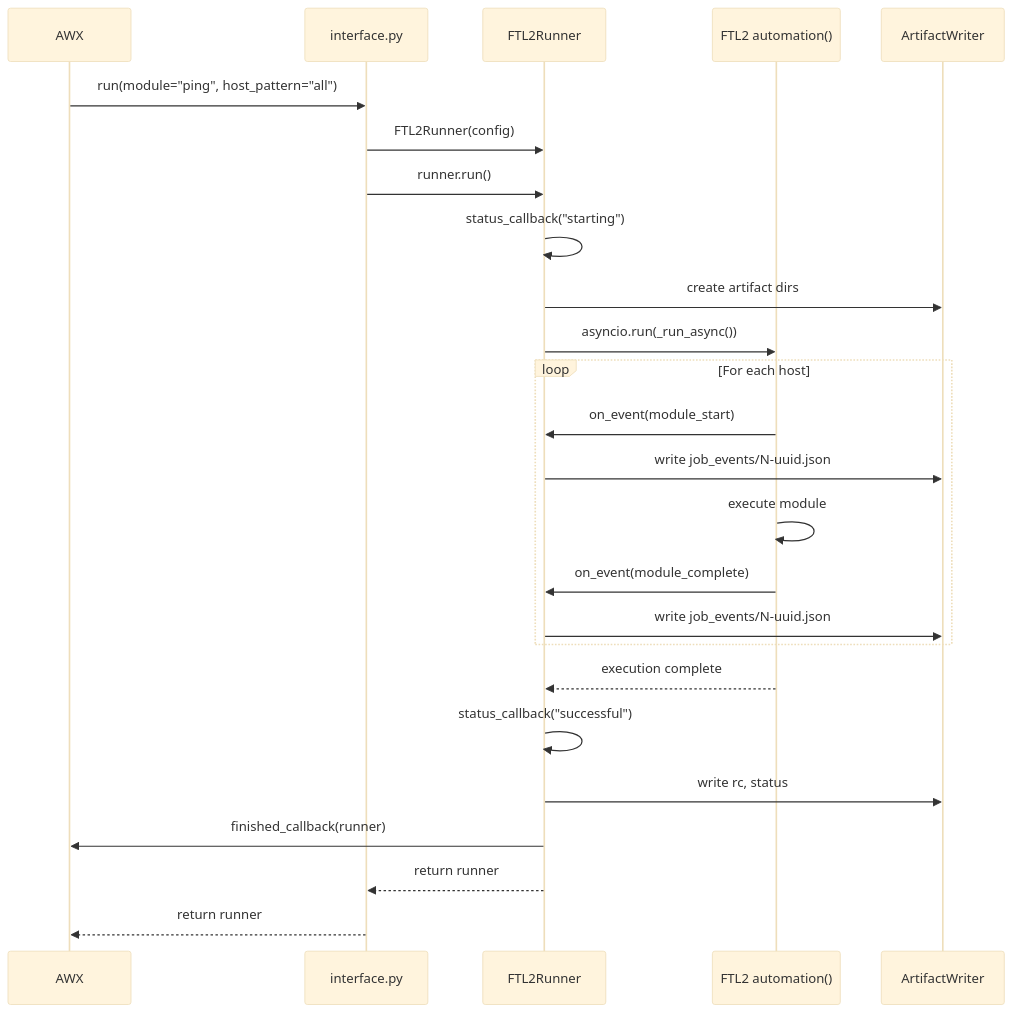
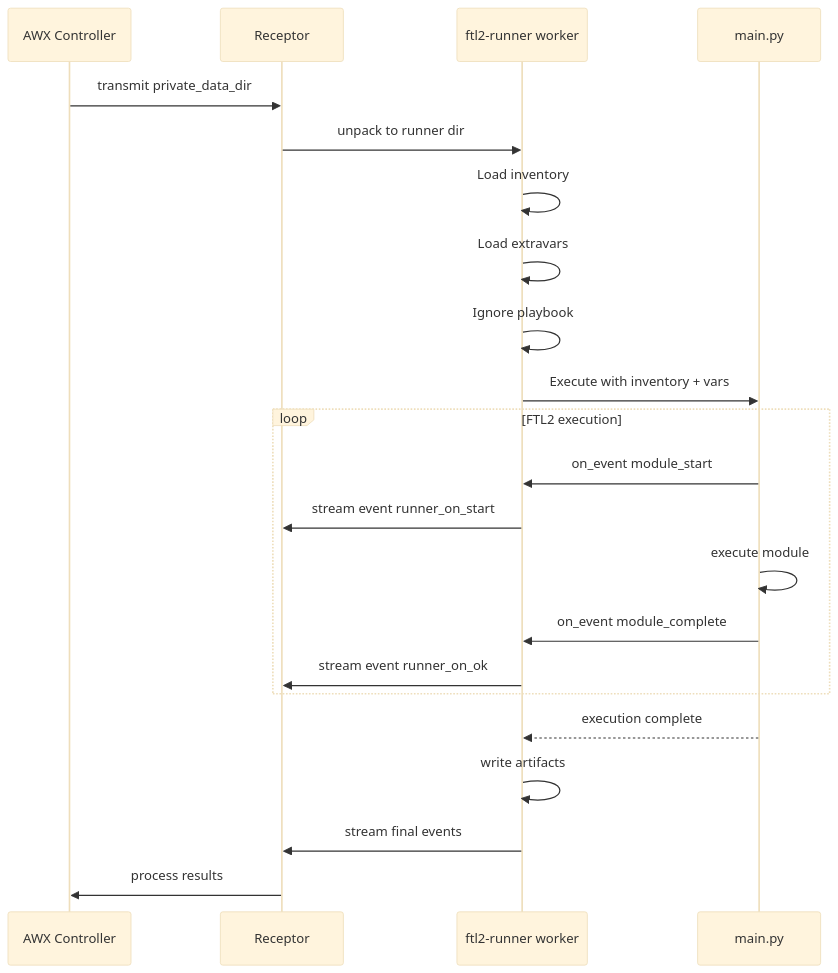
One commit to benthomasson/ftl2-runner changed the diagram in docs/execution-flow.mmd. Above: the diagram before and after it, drawn with Mermaid (base theme). The commit also changed 4 other files, not shown here.

```diff
--- a/docs/execution-flow.mmd
+++ b/docs/execution-flow.mmd
@@ -1,30 +1,27 @@
 sequenceDiagram
-    participant AWX as AWX
-    participant IF as interface.py
-    participant RN as FTL2Runner
-    participant FTL as FTL2 automation()
-    participant AR as ArtifactWriter
+    participant AWX as AWX Controller
+    participant RX as Receptor
+    participant WK as ftl2-runner worker
+    participant FTL as main.py
 
-    AWX->>IF: run(module="ping", host_pattern="all")
-    IF->>RN: FTL2Runner(config)
-    IF->>RN: runner.run()
+    AWX->>RX: transmit private_data_dir
+    RX->>WK: unpack to runner dir
 
-    RN->>RN: status_callback("starting")
-    RN->>AR: create artifact dirs
+    WK->>WK: Load inventory
+    WK->>WK: Load extravars
+    WK->>WK: Ignore playbook
 
-    RN->>FTL: asyncio.run(_run_async())
+    WK->>FTL: Execute with inventory + vars
 
-    loop For each host
-        FTL->>RN: on_event(module_start)
-        RN->>AR: write job_events/N-uuid.json
+    loop FTL2 execution
+        FTL->>WK: on_event module_start
+        WK->>RX: stream event runner_on_start
         FTL->>FTL: execute module
-        FTL->>RN: on_event(module_complete)
-        RN->>AR: write job_events/N-uuid.json
+        FTL->>WK: on_event module_complete
+        WK->>RX: stream event runner_on_ok
     end
 
-    FTL-->>RN: execution complete
-    RN->>RN: status_callback("successful")
-    RN->>AR: write rc, status
-    RN->>AWX: finished_callback(runner)
-    RN-->>IF: return runner
-    IF-->>AWX: return runner
+    FTL-->>WK: execution complete
+    WK->>WK: write artifacts
+    WK->>RX: stream final events
+    RX->>AWX: process results
```
